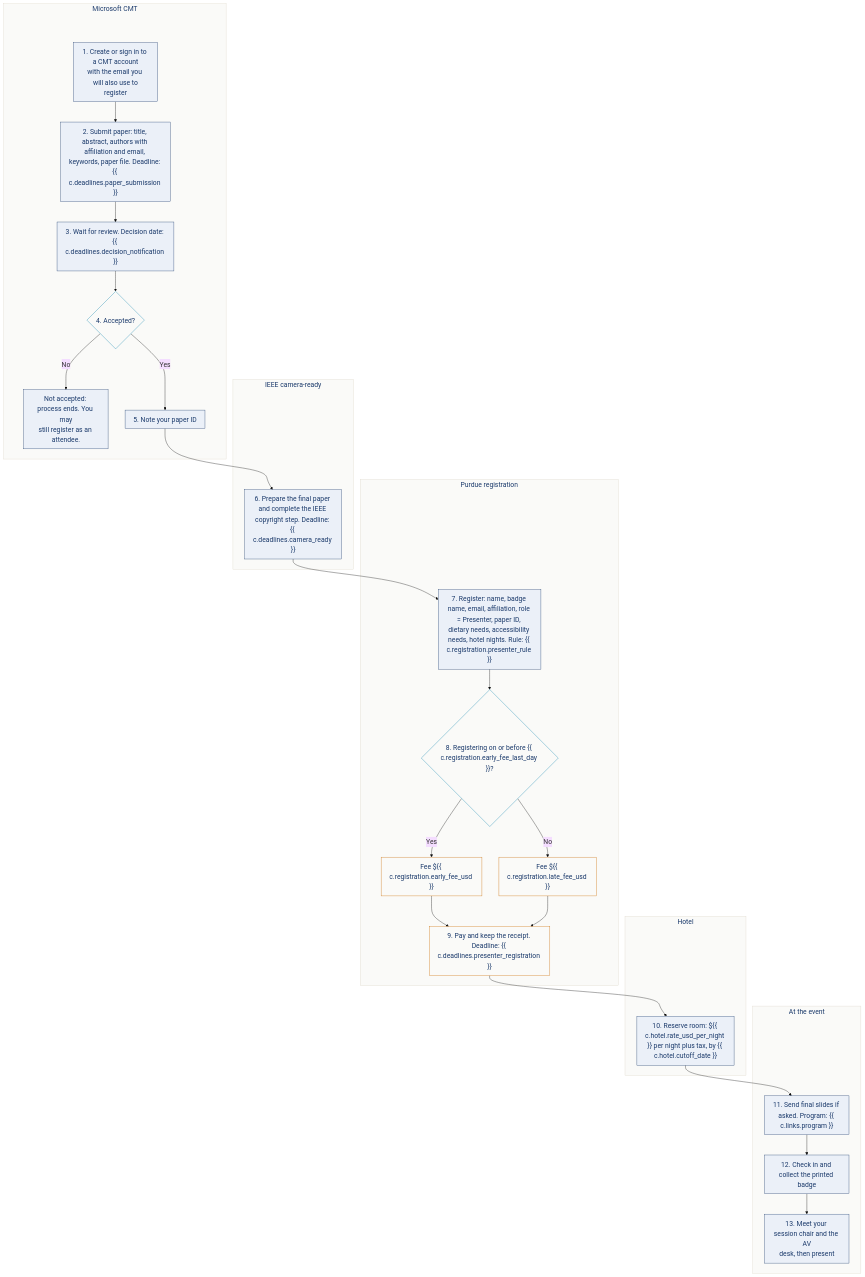
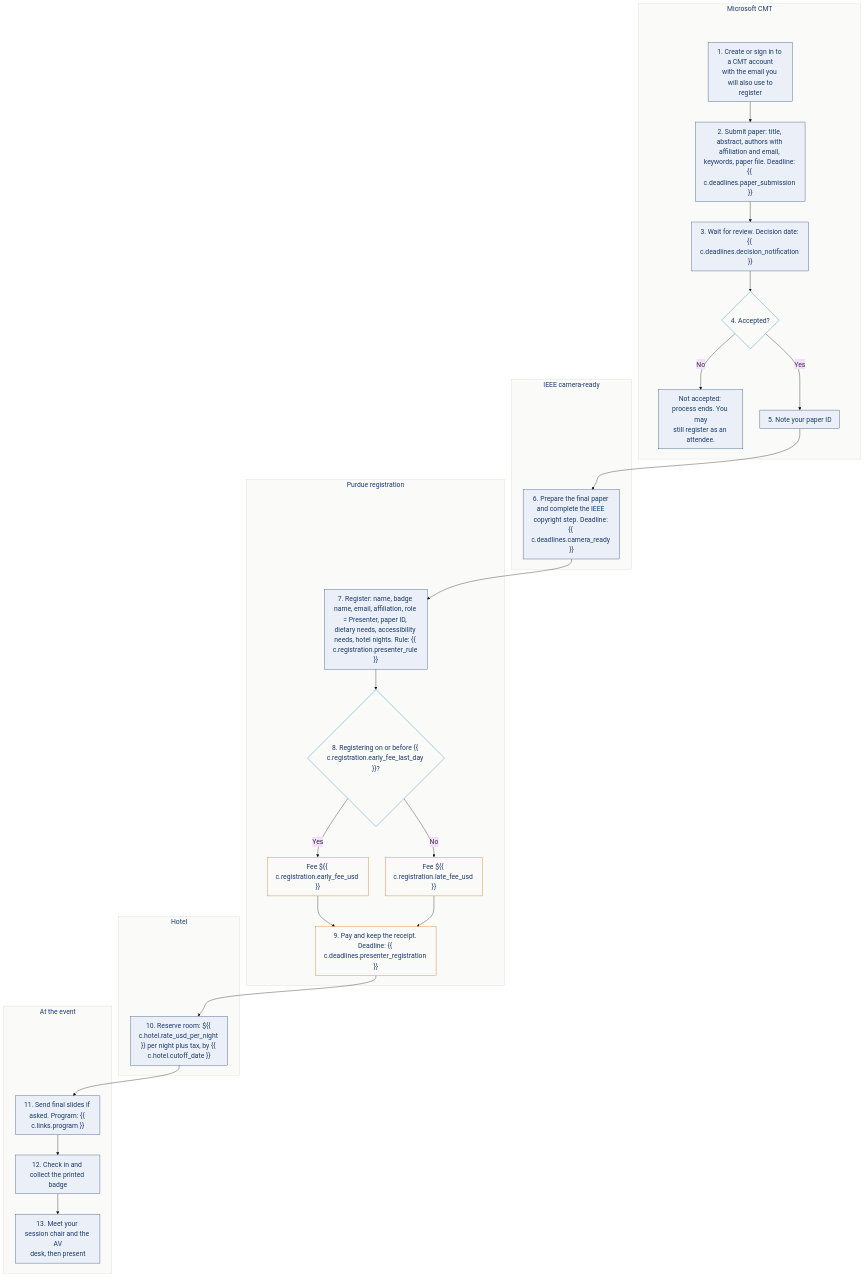
Before and after one commit to serg696f/computational-imaging.github.io: the diagram in workflows/presenter.md, drawn with Mermaid. The commit also changed 2 other files, not shown here.

Commit message:
Fix diagram syntax for Mermaid 9.1.3

````diff
--- a/workflows/presenter.md
+++ b/workflows/presenter.md
@@ -23,58 +23,60 @@
 ```mermaid
 %%{init: {"theme":"base","themeVariables":{"fontSize":"20px","fontFamily":"Arial, Helvetica, sans-serif"},"flowchart":{"useMaxWidth":false,"nodeSpacing":50,"rankSpacing":60,"padding":12}}}%%
 flowchart TD
   subgraph CMT["Microsoft CMT"]
-    CMT_sp[" "]:::spacer
+    CMT_sp[" "]
     P1["1. Create or sign in to a CMT account<br/>with the email you will also use to<br/>register"]
     P2["2. Submit paper: title, abstract, authors with affiliation and email, keywords, paper file. Deadline: {{ c.deadlines.paper_submission }}"]
     P3["3. Wait for review. Decision date: {{ c.deadlines.decision_notification }}"]
     D1{"4. Accepted?"}
     P4["Not accepted: process ends. You may<br/>still register as an attendee."]
     P5["5. Note your paper ID"]
   end
   subgraph IEEE["IEEE camera-ready"]
-    IEEE_sp[" "]:::spacer
+    IEEE_sp[" "]
     P6["6. Prepare the final paper and complete the IEEE copyright step. Deadline: {{ c.deadlines.camera_ready }}"]
   end
   subgraph REG["Purdue registration"]
-    REG_sp[" "]:::spacer
+    REG_sp[" "]
     P7["7. Register: name, badge name, email, affiliation, role = Presenter, paper ID, dietary needs, accessibility needs, hotel nights. Rule: {{ c.registration.presenter_rule }}"]
     D2{"8. Registering on or before {{ c.registration.early_fee_last_day }}?"}
     F1["Fee ${{ c.registration.early_fee_usd }}"]
     F2["Fee ${{ c.registration.late_fee_usd }}"]
     P8["9. Pay and keep the receipt. Deadline: {{ c.deadlines.presenter_registration }}"]
   end
   subgraph HOTEL["Hotel"]
-    HOTEL_sp[" "]:::spacer
+    HOTEL_sp[" "]
     P9["10. Reserve room: ${{ c.hotel.rate_usd_per_night }} per night plus tax, by {{ c.hotel.cutoff_date }}"]
   end
   subgraph EVENT["At the event"]
-    EVENT_sp[" "]:::spacer
+    EVENT_sp[" "]
     P10["11. Send final slides if asked. Program: {{ c.links.program }}"]
     P11["13. Meet your session chair and the AV<br/>desk, then present"]
     P12["12. Check in and collect the printed badge"]
   end
+  CMT_sp --- P1
+  IEEE_sp --- P6
+  REG_sp --- P7
+  HOTEL_sp --- P9
+  EVENT_sp --- P10
   P1 --> P2 --> P3 --> D1
   D1 -- No --> P4
   D1 -- Yes --> P5 --> P6 --> P7 --> D2
   D2 -- Yes --> F1 --> P8
   D2 -- No --> F2 --> P8
   P8 --> P9 --> P10 --> P12 --> P11
-  CMT_sp ~~~ P1
-  IEEE_sp ~~~ P6
-  REG_sp ~~~ P7
-  HOTEL_sp ~~~ P9
-  EVENT_sp ~~~ P10
   style CMT fill:#FAFAF8,stroke:#DDD6C8,color:#1B3A6B
   style IEEE fill:#FAFAF8,stroke:#DDD6C8,color:#1B3A6B
   style REG fill:#FAFAF8,stroke:#DDD6C8,color:#1B3A6B
   style HOTEL fill:#FAFAF8,stroke:#DDD6C8,color:#1B3A6B
   style EVENT fill:#FAFAF8,stroke:#DDD6C8,color:#1B3A6B
   classDef step fill:#EBF0F8,stroke:#1B3A6B,color:#1B3A6B;
   classDef pay fill:#FAFAF8,stroke:#C96A00,color:#1B3A6B;
   classDef gate fill:#FAFAF8,stroke:#007EA8,color:#1B3A6B;
   class P1,P2,P3,P4,P5,P6,P7,P9,P10,P11,P12 step;
   class F1,F2,P8 pay;
   class D1,D2 gate;
   classDef spacer fill:none,stroke:none,color:#FAFAF8;
+  linkStyle 0,1,2,3,4 stroke:none,fill:none;
+  class CMT_sp,IEEE_sp,REG_sp,HOTEL_sp,EVENT_sp spacer;
 ```
````
